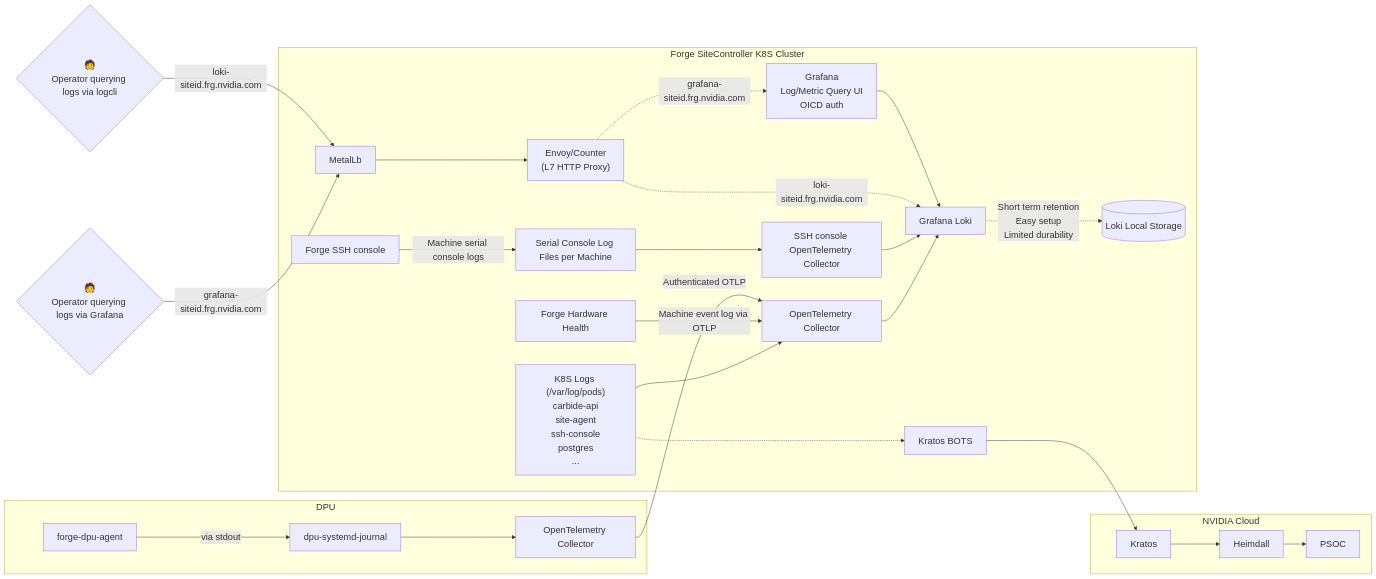
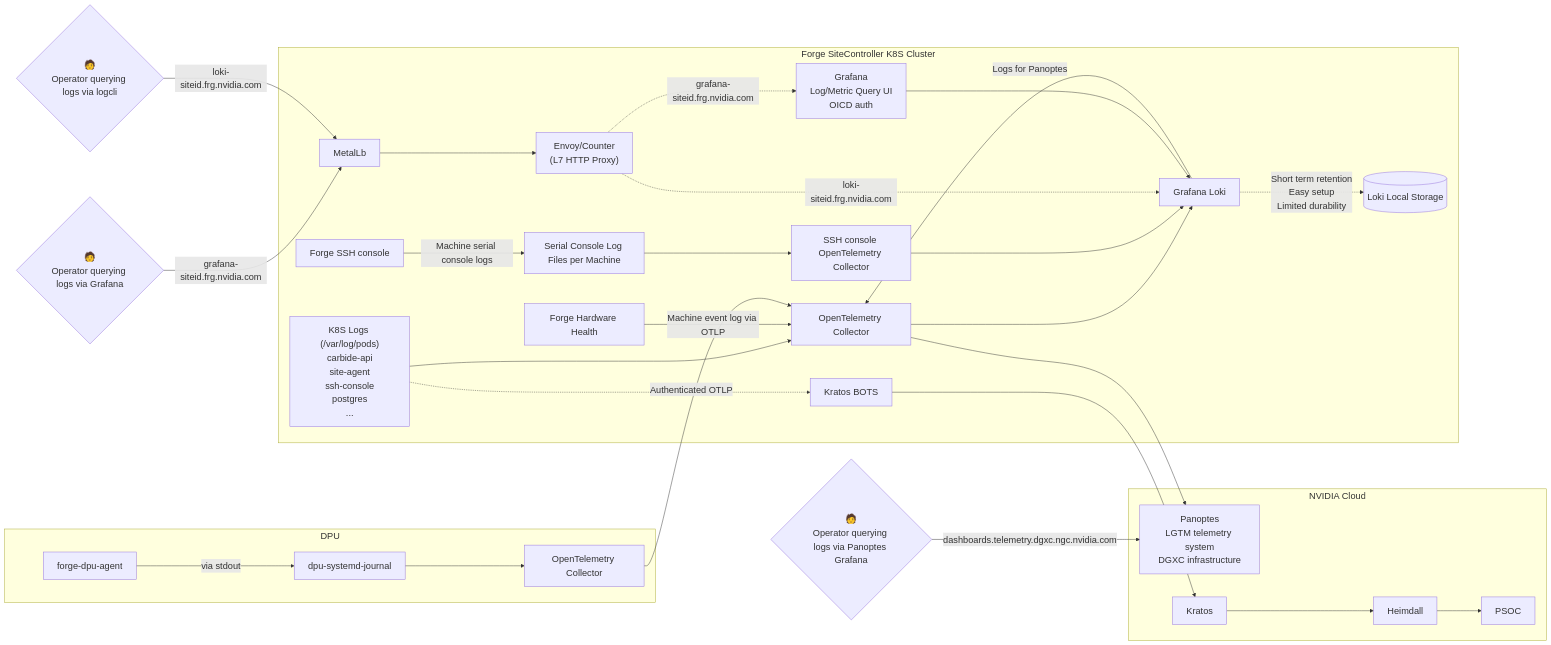
One commit to NVIDIA/bare-metal-manager-core changed the diagram in book/src/observability/site_logs.md. Above: the diagram before and after it, drawn with Mermaid. The commit also changed other lines of this file and 5 other files, not shown here.

````diff
--- a/book/src/observability/site_logs.md
+++ b/book/src/observability/site_logs.md
@@ -33,36 +37,39 @@
 ```mermaid
 %%{init: {'themeVariables': { 'fontSize': '20px' }}}%%
 flowchart LR
     subgraph NVIDIA Cloud
-        Kratos --> Heimdall
-        Heimdall --> PSOC
+        Panoptes[Panoptes<br>LGTM telemetry system<br>DGXC infrastructure]
+        Kratos --> Heimdall --> PSOC
     end
 
     subgraph Forge SiteController K8S Cluster
         K["K8S Logs (/var/log/pods)<br>carbide-api<br>site-agent<br>ssh-console<br>postgres<br>..."] --> OTELC["OpenTelemetry Collector"]
         OTELC --> Loki["Grafana Loki"]
+        Loki -- Logs for Panoptes --> OTELC
+        OTELC --> Panoptes
         SSHC["Forge SSH console"] -- Machine serial console logs --> SSHLF["Serial Console Log Files per Machine"]
         SSHLF --> SSHCOTELC["SSH console OpenTelemetry Collector"]
         SSHCOTELC --> Loki
         HHH["Forge Hardware Health"] -- Machine event log via OTLP --> OTELC
 
         Loki -. Short term retention<br>Easy setup<br>Limited durability .-> LokiLs[(Loki Local Storage)]
 
         MetalLb --> SiteEnvoy["Envoy/Counter<br>(L7 HTTP Proxy)"]
         SiteEnvoy -. "grafana-siteid.frg.nvidia.com" .-> SiteGrafana[Grafana<br>Log/Metric Query UI<br>OICD auth]
         SiteEnvoy -. "loki-siteid.frg.nvidia.com" .-> Loki
         SiteGrafana --> Loki
 
         K -..-> KBOTS["Kratos BOTS"]
         KBOTS --> Kratos
     end
 
     subgraph DPU
         DPUAGENT["forge-dpu-agent"] -- via stdout --> dpu-systemd-journal
         dpu-systemd-journal --> DPUOTELC["OpenTelemetry Collector"]
         DPUOTELC -- Authenticated OTLP --> OTELC
     end
 
     LV{"🧑<br>Operator querying logs via Grafana"} -- "grafana-siteid.frg.nvidia.com" --> MetalLb
     LV2{"🧑<br>Operator querying logs via logcli"} -- "loki-siteid.frg.nvidia.com" --> MetalLb
+    LV3{"🧑<br>Operator querying logs via Panoptes Grafana"} -- "dashboards.telemetry.dgxc.ngc.nvidia.com" --> Panoptes
 ```
````
